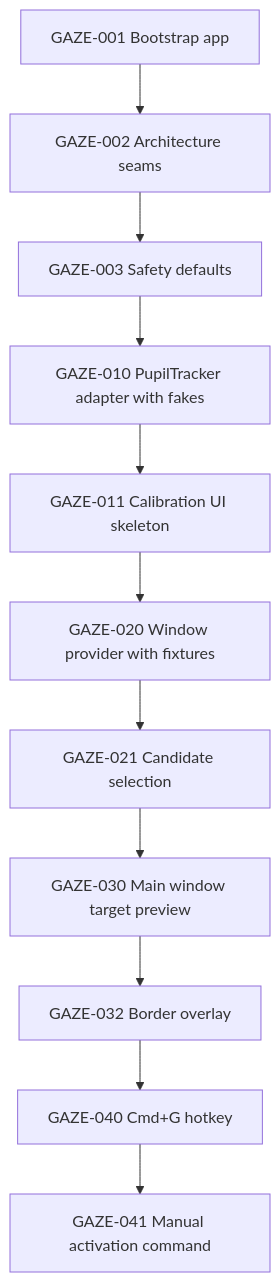
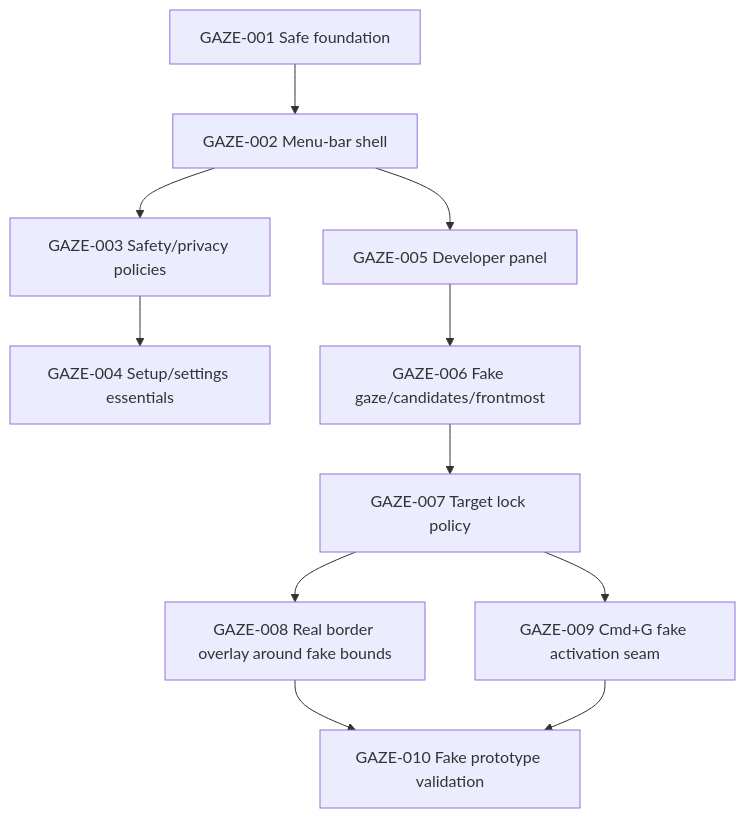
The third of 4 diagrams in docs/plans/gaze-task-graphs.md (sagebynature/gaze), drawn with Mermaid before and after one commit. The commit also changed other lines of this file and 1 other file, not shown here.

Commit message:
docs: capture Gaze menu bar beta design

````diff
--- a/docs/plans/gaze-task-graphs.md
+++ b/docs/plans/gaze-task-graphs.md
@@ -412,13 +471,13 @@
 ```mermaid
 graph TD
-    S1[GAZE-001 Bootstrap app] --> S2[GAZE-002 Architecture seams]
-    S2 --> S3[GAZE-003 Safety defaults]
-    S3 --> S4[GAZE-010 PupilTracker adapter with fakes]
-    S4 --> S5[GAZE-011 Calibration UI skeleton]
-    S5 --> S6[GAZE-020 Window provider with fixtures]
-    S6 --> S7[GAZE-021 Candidate selection]
-    S7 --> S8[GAZE-030 Main window target preview]
-    S8 --> S9[GAZE-032 Border overlay]
-    S9 --> S10[GAZE-040 Cmd+G hotkey]
-    S10 --> S11[GAZE-041 Manual activation command]
+    S1[GAZE-001 Safe foundation] --> S2[GAZE-002 Menu-bar shell]
+    S2 --> S3[GAZE-003 Safety/privacy policies]
+    S3 --> S4[GAZE-004 Setup/settings essentials]
+    S2 --> S5[GAZE-005 Developer panel]
+    S5 --> S6[GAZE-006 Fake gaze/candidates/frontmost]
+    S6 --> S7[GAZE-007 Target lock policy]
+    S7 --> S8[GAZE-008 Real border overlay around fake bounds]
+    S7 --> S9[GAZE-009 Cmd+G fake activation seam]
+    S8 --> S10[GAZE-010 Fake prototype validation]
+    S9 --> S10
 ```
````
